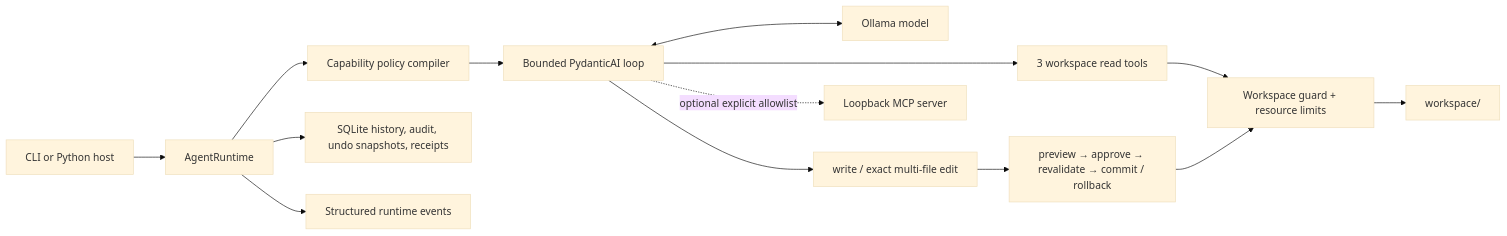
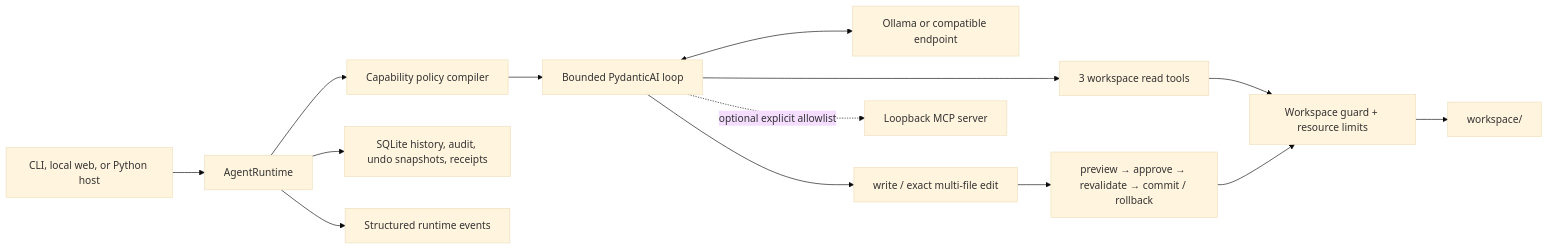
One commit to MuzeAnisichael/minimal-local-agent changed the diagram in README.md. Above: the diagram before and after it, drawn with Mermaid (base theme). The commit also changed other lines of this file and 23 other files, not shown here.

Commit message:
Release v0.6 local web console and compatible model adapter

````diff
--- a/README.md
+++ b/README.md
@@ -123,16 +144,16 @@
 ```mermaid
 flowchart LR
-    User["CLI or Python host"] --> Runtime["AgentRuntime"]
+    User["CLI, local web, or Python host"] --> Runtime["AgentRuntime"]
     Runtime --> Policy["Capability policy compiler"]
     Policy --> Loop["Bounded PydanticAI loop"]
-    Loop <--> Model["Ollama model"]
+    Loop <--> Model["Ollama or compatible endpoint"]
     Loop --> Read["3 workspace read tools"]
     Loop --> Mutate["write / exact multi-file edit"]
     Mutate --> Tx["preview → approve → revalidate → commit / rollback"]
     Read --> Guard["Workspace guard + resource limits"]
     Tx --> Guard
     Guard --> Files["workspace/"]
     Loop -. "optional explicit allowlist" .-> MCP["Loopback MCP server"]
     Runtime --> Store["SQLite history, audit, undo snapshots, receipts"]
     Runtime --> Events["Structured runtime events"]
 ```
````
